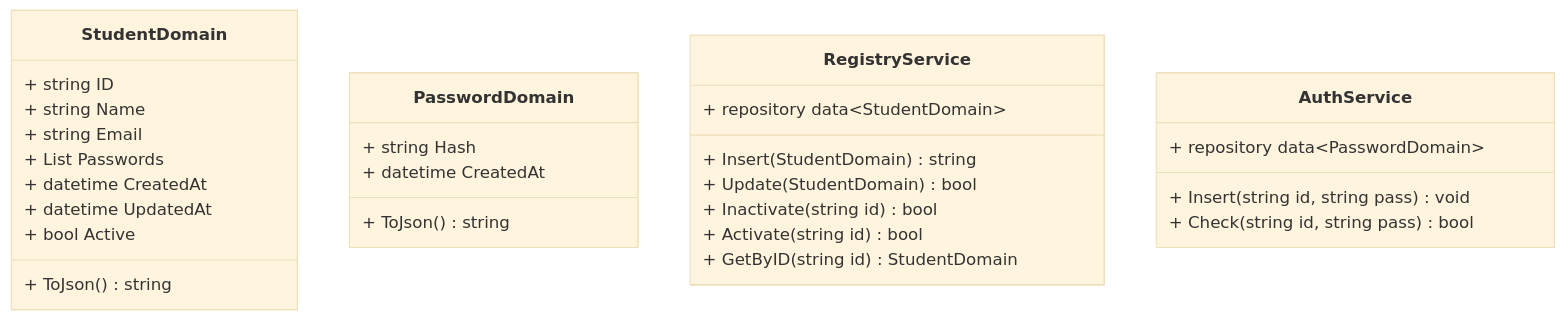
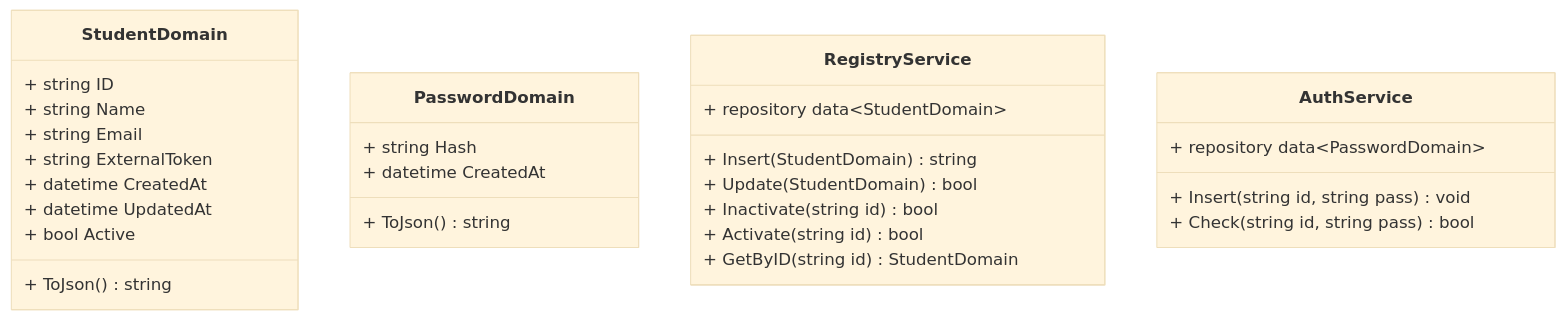
Before and after one commit to RafaelFino/plataforma-journey: the first of 2 diagrams in src/RegistryService/README.md, drawn with Mermaid (base theme). The commit also changed other lines of this file and 4 other files, not shown here.

````diff
--- a/src/RegistryService/README.md
+++ b/src/RegistryService/README.md
@@ -3,34 +3,34 @@
 ```mermaid
 classDiagram
     class StudentDomain {
         + string ID
         + string Name
         + string Email
-        + List<PasswordDomain> Passwords
+        + string ExternalToken
         + datetime CreatedAt
         + datetime UpdatedAt
         + bool Active
         + ToJson() string
     }
 
     class PasswordDomain {
         + string Hash        
         + datetime CreatedAt
         + ToJson() string
     }
 
     class RegistryService {
         + repository data~StudentDomain~
         + Insert(StudentDomain) string
         + Update(StudentDomain) bool
         + Inactivate(string id) bool
         + Activate(string id) bool
         + GetByID(string id) StudentDomain
     }
 
     class AuthService {
         + repository data~PasswordDomain~
         + Insert(string id, string pass) void
         + Check(string id, string pass) bool        
     }
 ```
````
